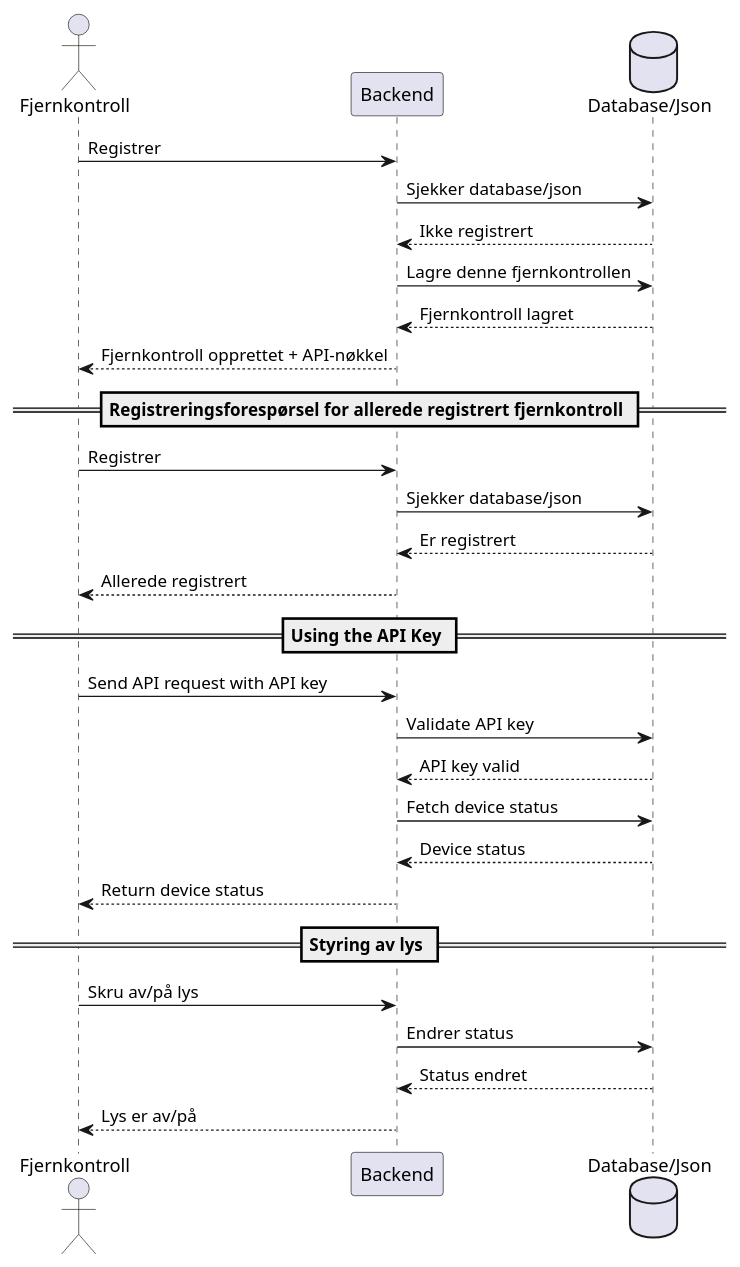
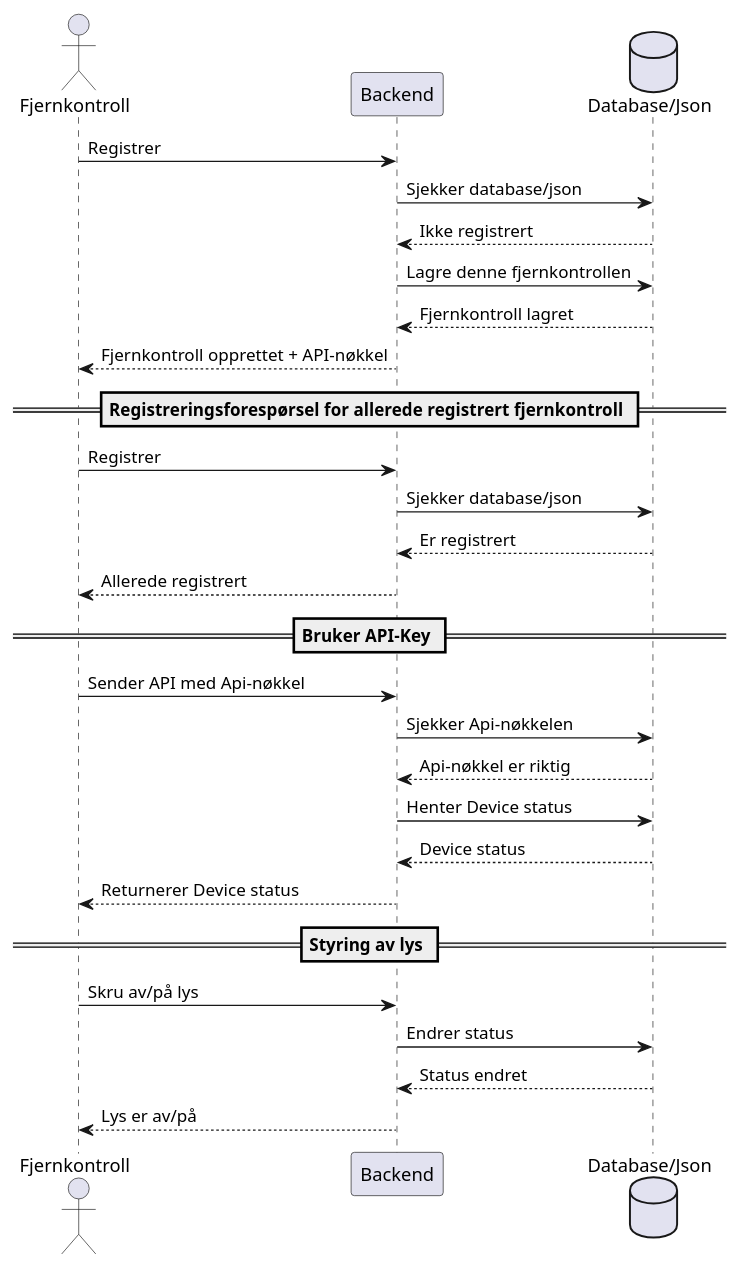
The diagram in IoT-Prosjekt/Backend/Diagrams/sequence.puml (Arvoz/Gruppe4_V2), drawn with PlantUML before and after one commit.

Commit message:
Endertt på sequence

```diff
--- a/IoT-Prosjekt/Backend/Diagrams/sequence.puml
+++ b/IoT-Prosjekt/Backend/Diagrams/sequence.puml
@@ -1,32 +1,32 @@
 @startuml
 actor GUI as "Fjernkontroll"
 participant Backend
 database Data as "Database/Json"
 
 GUI -> Backend: Registrer
 Backend -> Data: Sjekker database/json
 Data --> Backend: Ikke registrert
 Backend -> Data: Lagre denne fjernkontrollen
 Data --> Backend: Fjernkontroll lagret
 Backend --> GUI: Fjernkontroll opprettet + API-nøkkel
 
 == Registreringsforespørsel for allerede registrert fjernkontroll ==
 GUI -> Backend: Registrer
 Backend -> Data: Sjekker database/json
 Data --> Backend: Er registrert
 Backend --> GUI: Allerede registrert
 
-== Using the API Key ==
-GUI -> Backend: Send API request with API key
-Backend -> Data: Validate API key
-Data --> Backend: API key valid
-Backend -> Data: Fetch device status
+== Bruker API-Key ==
+GUI -> Backend: Sender API med Api-nøkkel
+Backend -> Data: Sjekker Api-nøkkelen
+Data --> Backend: Api-nøkkel er riktig
+Backend -> Data: Henter Device status
 Data --> Backend: Device status
-Backend --> GUI: Return device status
+Backend --> GUI: Returnerer Device status
 
 == Styring av lys ==
 GUI -> Backend: Skru av/på lys
 Backend -> Data: Endrer status
 Data --> Backend: Status endret
 Backend --> GUI: Lys er av/på
 @enduml
```
